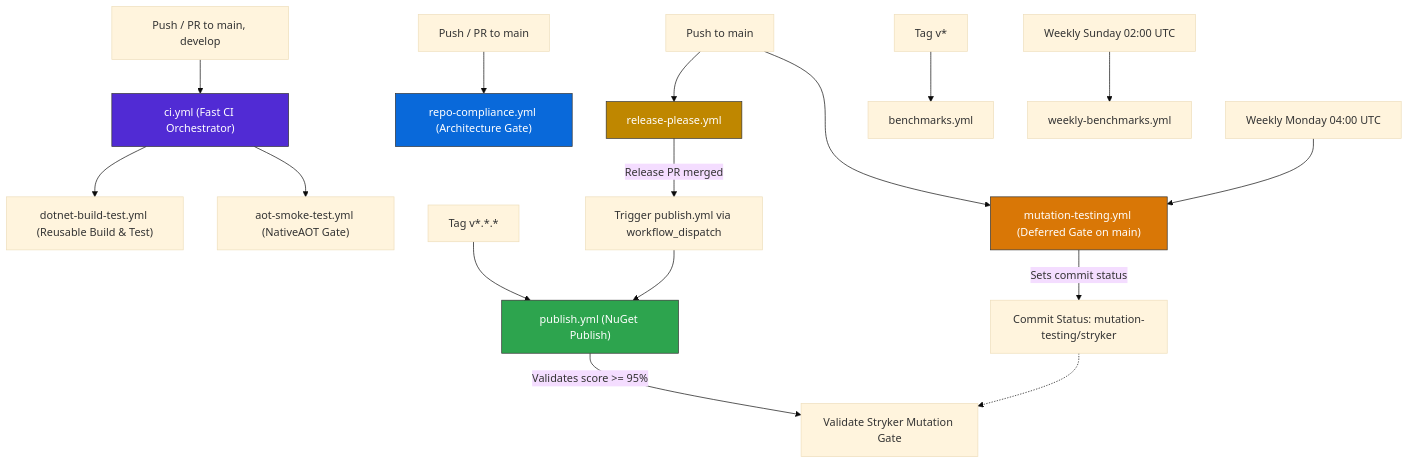
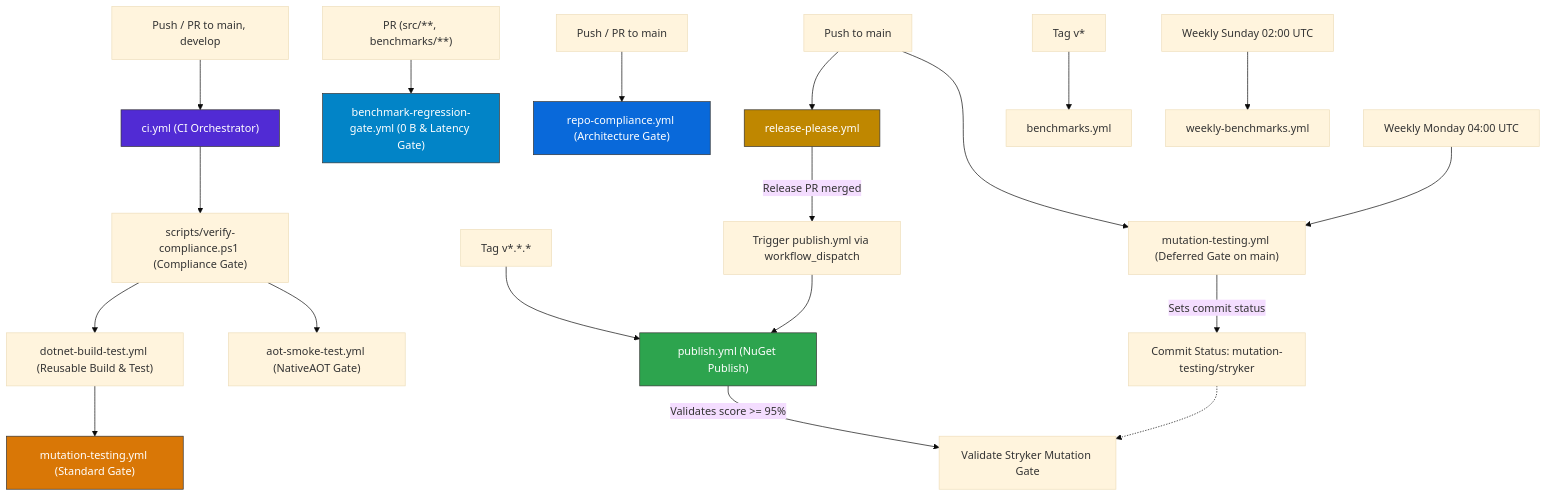
The first of 2 diagrams in docs/cicd.md (ericksonlopezf/dotnet-result), drawn with Mermaid (base theme) before and after one commit. The commit also changed other lines of this file and 362 other files, not shown here.

````diff
--- a/docs/cicd.md
+++ b/docs/cicd.md
@@ -27,28 +28,33 @@
 ```mermaid
 flowchart TD
-    Push["Push / PR to main, develop"] --> CI["ci.yml (Fast CI Orchestrator)"]
-    CI --> BuildTest["dotnet-build-test.yml (Reusable Build & Test)"]
-    CI --> AOT["aot-smoke-test.yml (NativeAOT Gate)"]
+    Push["Push / PR to main, develop"] --> CI["ci.yml (CI Orchestrator)"]
+    CI --> CompGate["scripts/verify-compliance.ps1 (Compliance Gate)"]
+    CompGate --> BuildTest["dotnet-build-test.yml (Reusable Build & Test)"]
+    CompGate --> AOT["aot-smoke-test.yml (NativeAOT Gate)"]
+    BuildTest --> MutationCI["mutation-testing.yml (Standard Gate)"]
+
+    PRBench["PR (src/**, benchmarks/**)"] --> BenchGate["benchmark-regression-gate.yml (0 B & Latency Gate)"]
 
     PushMainPR["Push / PR to main"] --> Compliance["repo-compliance.yml (Architecture Gate)"]
     PushMain["Push to main"] --> RP["release-please.yml"]
-    PushMain --> Mutation["mutation-testing.yml (Deferred Gate on main)"]
-    Mutation -->|"Sets commit status"| Status["Commit Status: mutation-testing/stryker"]
+    PushMain --> MutationMain["mutation-testing.yml (Deferred Gate on main)"]
+    MutationMain -->|"Sets commit status"| Status["Commit Status: mutation-testing/stryker"]
 
     RP -->|"Release PR merged"| TriggerPublish["Trigger publish.yml via workflow_dispatch"]
     Tag["Tag v*.*.*"] --> Publish["publish.yml (NuGet Publish)"]
     TriggerPublish --> Publish
 
     Publish -->|"Validates score >= 95%"| VerifyGate["Validate Stryker Mutation Gate"]
     Status -.-> VerifyGate
 
-    CronMutation["Weekly Monday 04:00 UTC"] --> Mutation
+    CronMutation["Weekly Monday 04:00 UTC"] --> MutationMain
     TagV["Tag v*"] --> Benchmarks["benchmarks.yml"]
     CronBench["Weekly Sunday 02:00 UTC"] --> WeeklyBench["weekly-benchmarks.yml"]
 
     style CI fill:#512BD4,stroke:#333,color:#fff
     style Publish fill:#2da44e,stroke:#333,color:#fff
     style RP fill:#bf8700,stroke:#333,color:#fff
-    style Mutation fill:#d97706,stroke:#333,color:#fff
+    style MutationCI fill:#d97706,stroke:#333,color:#fff
     style Compliance fill:#0969da,stroke:#333,color:#fff
+    style BenchGate fill:#0284c7,stroke:#333,color:#fff
 ```
````
